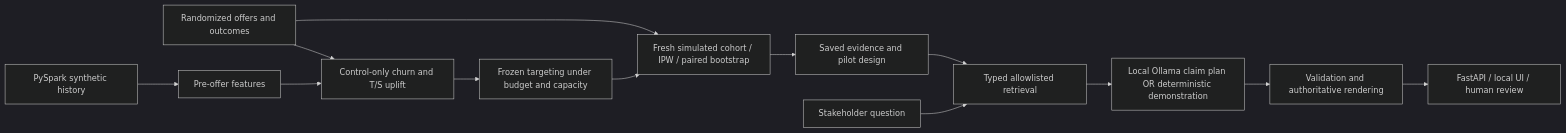
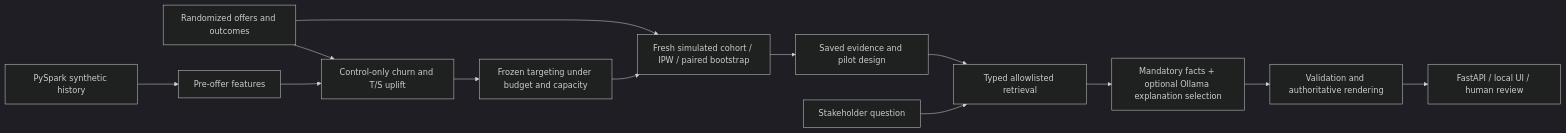
Before and after one commit to tabishiqbal03/customer-retention-uplift-system: the diagram in README.md, drawn with Mermaid (dark theme). The commit also changed other lines of this file and 21 other files, not shown here.

Commit message:
Decouple mandatory evidence from bounded optional LLM composition

````diff
--- a/README.md
+++ b/README.md
@@ -10,15 +10,15 @@
 ```mermaid
 flowchart LR
   A[PySpark synthetic history] --> B[Pre-offer features]
   R[Randomized offers and outcomes] --> C[Control-only churn and T/S uplift]
   B --> C
   C --> D[Frozen targeting under budget and capacity]
   R --> E[Fresh simulated cohort / IPW / paired bootstrap]
   D --> E
   E --> F[Saved evidence and pilot design]
   F --> G[Typed allowlisted retrieval]
   Q[Stakeholder question] --> G
-  G --> H[Local Ollama claim plan OR deterministic demonstration]
+  G --> H[Mandatory facts + optional Ollama explanation selection]
   H --> I[Validation and authoritative rendering]
   I --> J[FastAPI / local UI / human review]
 ```
````
